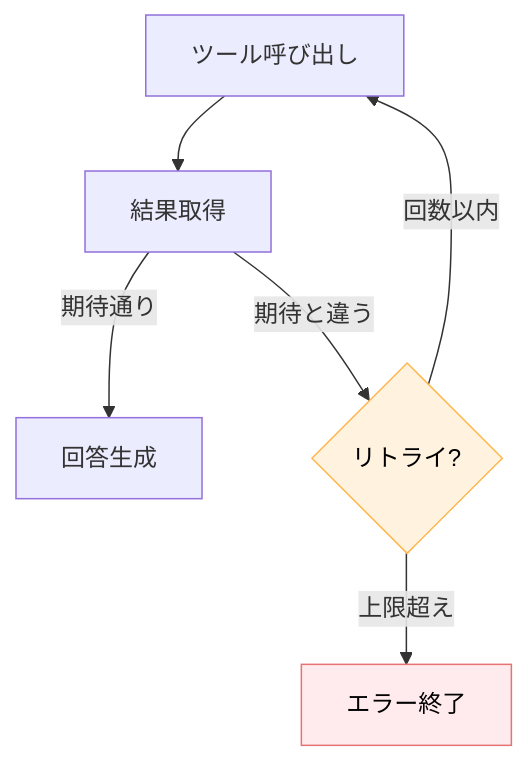
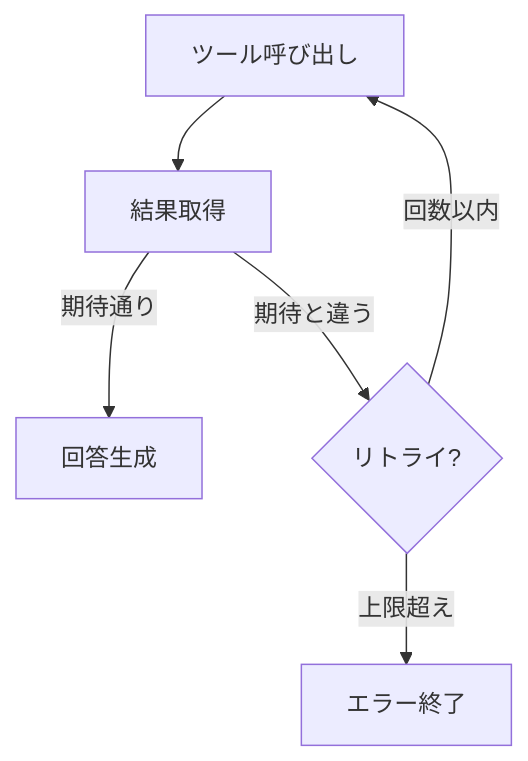
Before and after one commit to dinekt/dinekt-wiki: the third of 3 diagrams in docs/patterns/ツール実行の-5-つの失敗モード.md, drawn with Mermaid. The commit also changed other lines of this file and 70 other files, not shown here.

First line of the commit message:
fix(mermaid): strip all inline styling, rely on theme

````diff
--- a/docs/patterns/ツール実行の-5-つの失敗モード.md
+++ b/docs/patterns/ツール実行の-5-つの失敗モード.md
@@ -98,11 +97,9 @@
 ```mermaid
 flowchart TD
     T[ツール呼び出し] --> R[結果取得]
     R -->|期待通り| C[回答生成]
     R -->|期待と違う| F{リトライ?}
     F -->|回数以内| T
     F -->|上限超え| E[エラー終了]
 
-    style F fill:#fff3e0,stroke:#ffb74d,color:#000
-    style E fill:#ffebee,stroke:#e57373,color:#000
 ```
````
